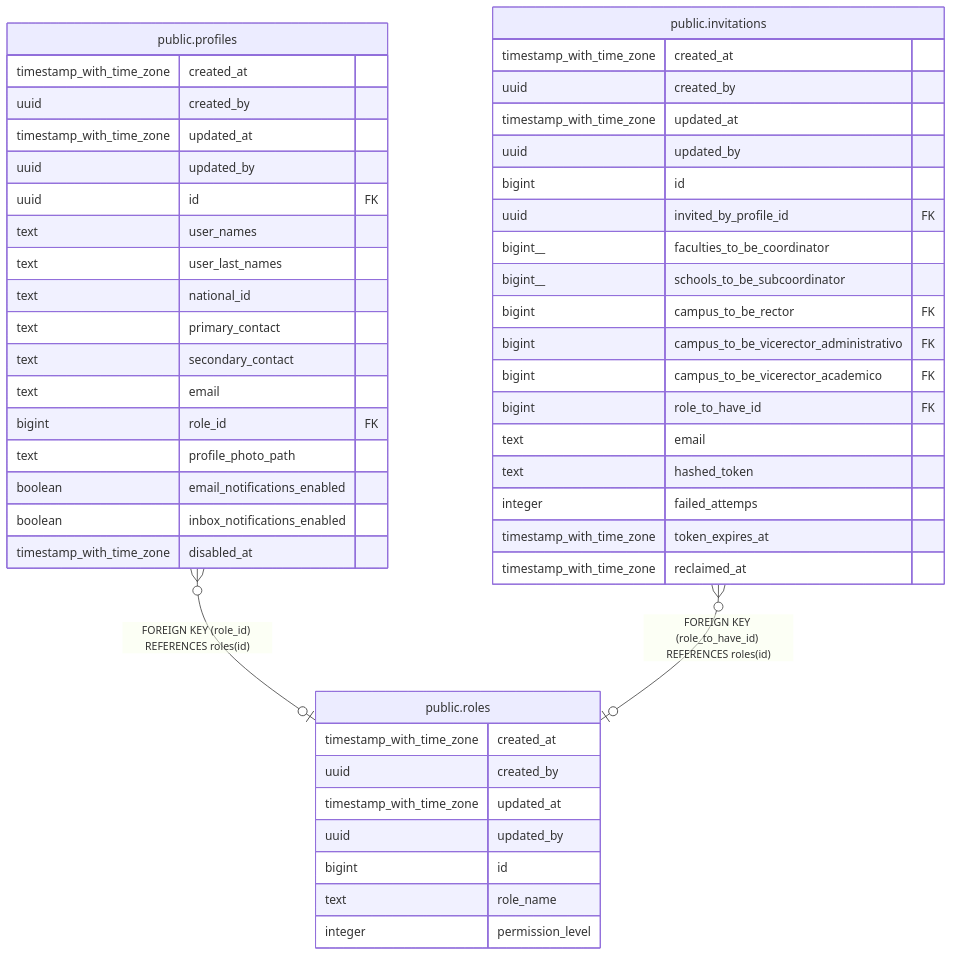
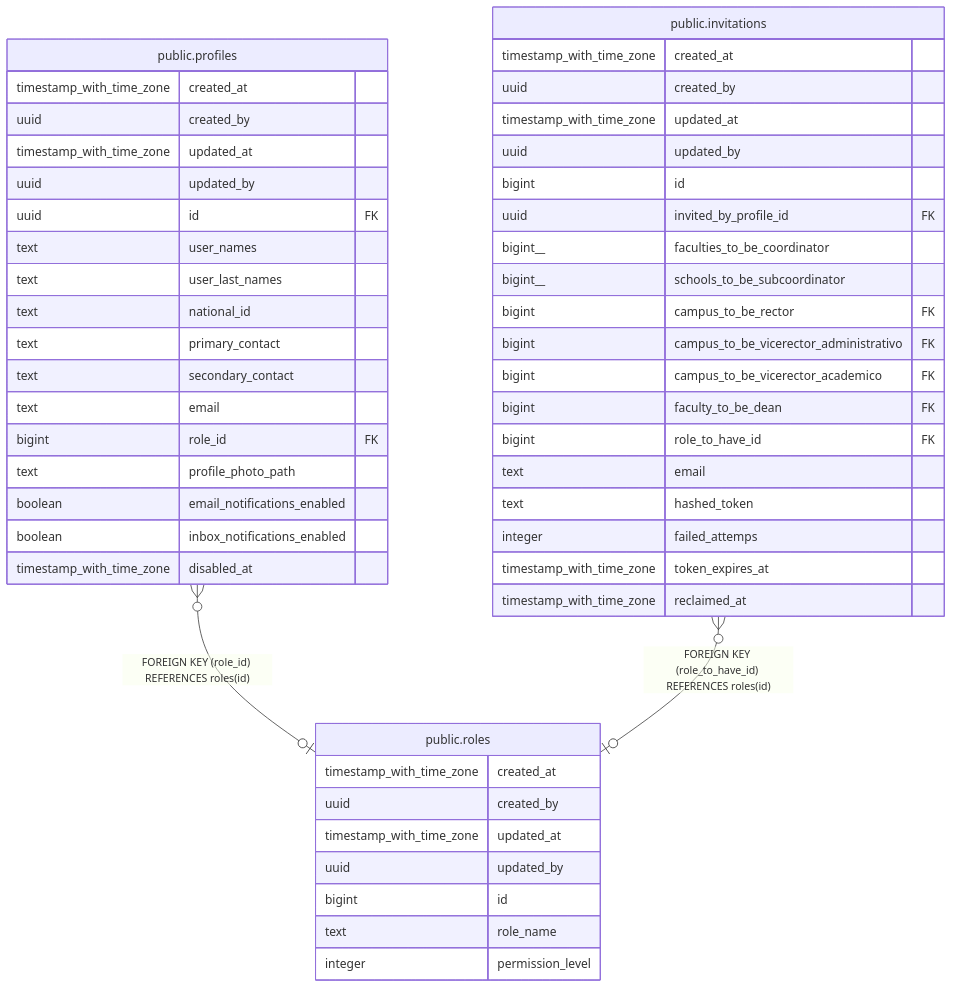
The diagram in docs/db/tbls/public.roles.md (icristianhernandez/academic-service-backend), drawn with Mermaid before and after one commit. The commit also changed 7 other files, not shown here.

````diff
--- a/docs/db/tbls/public.roles.md
+++ b/docs/db/tbls/public.roles.md
@@ -40,53 +40,54 @@
 ```mermaid
 erDiagram
 
 "public.profiles" }o--o| "public.roles" : "FOREIGN KEY (role_id) REFERENCES roles(id)"
 "public.invitations" }o--o| "public.roles" : "FOREIGN KEY (role_to_have_id) REFERENCES roles(id)"
 
 "public.roles" {
   timestamp_with_time_zone created_at ""
   uuid created_by ""
   timestamp_with_time_zone updated_at ""
   uuid updated_by ""
   bigint id ""
   text role_name ""
   integer permission_level ""
 }
 "public.profiles" {
   timestamp_with_time_zone created_at ""
   uuid created_by ""
   timestamp_with_time_zone updated_at ""
   uuid updated_by ""
   uuid id FK ""
   text user_names ""
   text user_last_names ""
   text national_id ""
   text primary_contact ""
   text secondary_contact ""
   text email ""
   bigint role_id FK ""
   text profile_photo_path ""
   boolean email_notifications_enabled ""
   boolean inbox_notifications_enabled ""
   timestamp_with_time_zone disabled_at ""
 }
 "public.invitations" {
   timestamp_with_time_zone created_at ""
   uuid created_by ""
   timestamp_with_time_zone updated_at ""
   uuid updated_by ""
   bigint id ""
   uuid invited_by_profile_id FK ""
   bigint__ faculties_to_be_coordinator ""
   bigint__ schools_to_be_subcoordinator ""
   bigint campus_to_be_rector FK ""
   bigint campus_to_be_vicerector_administrativo FK ""
   bigint campus_to_be_vicerector_academico FK ""
+  bigint faculty_to_be_dean FK ""
   bigint role_to_have_id FK ""
   text email ""
   text hashed_token ""
   integer failed_attemps ""
   timestamp_with_time_zone token_expires_at ""
   timestamp_with_time_zone reclaimed_at ""
 }
 ```
````
